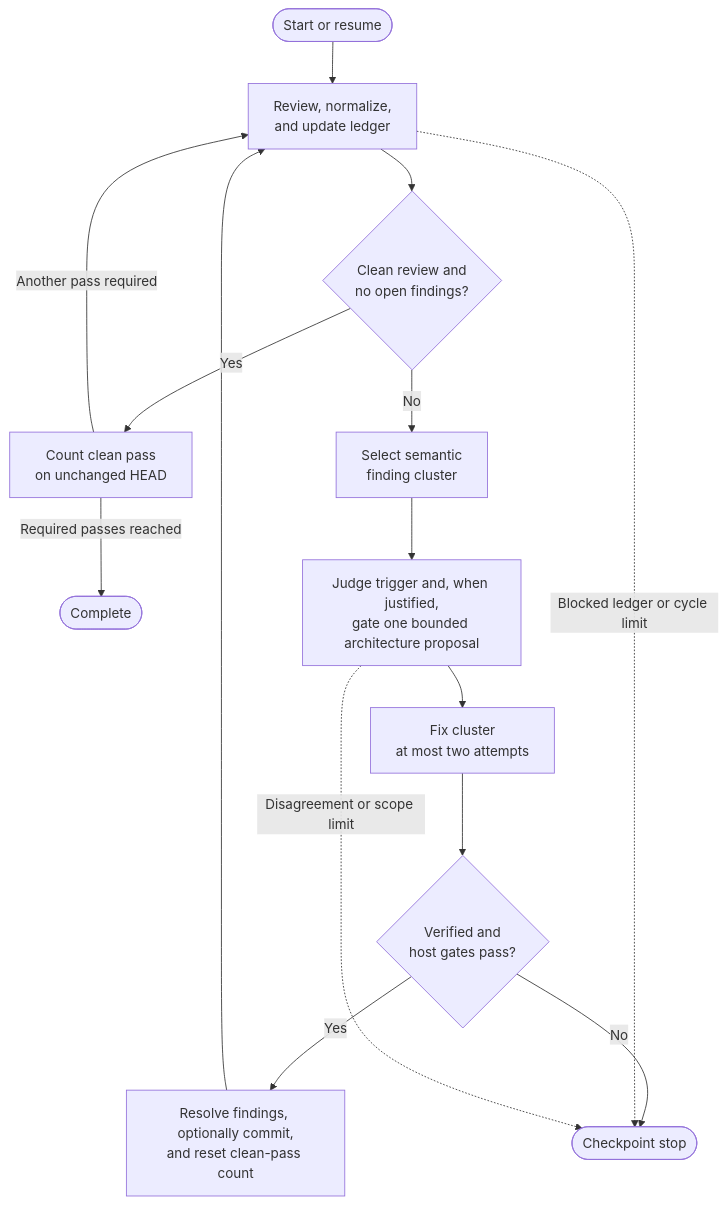
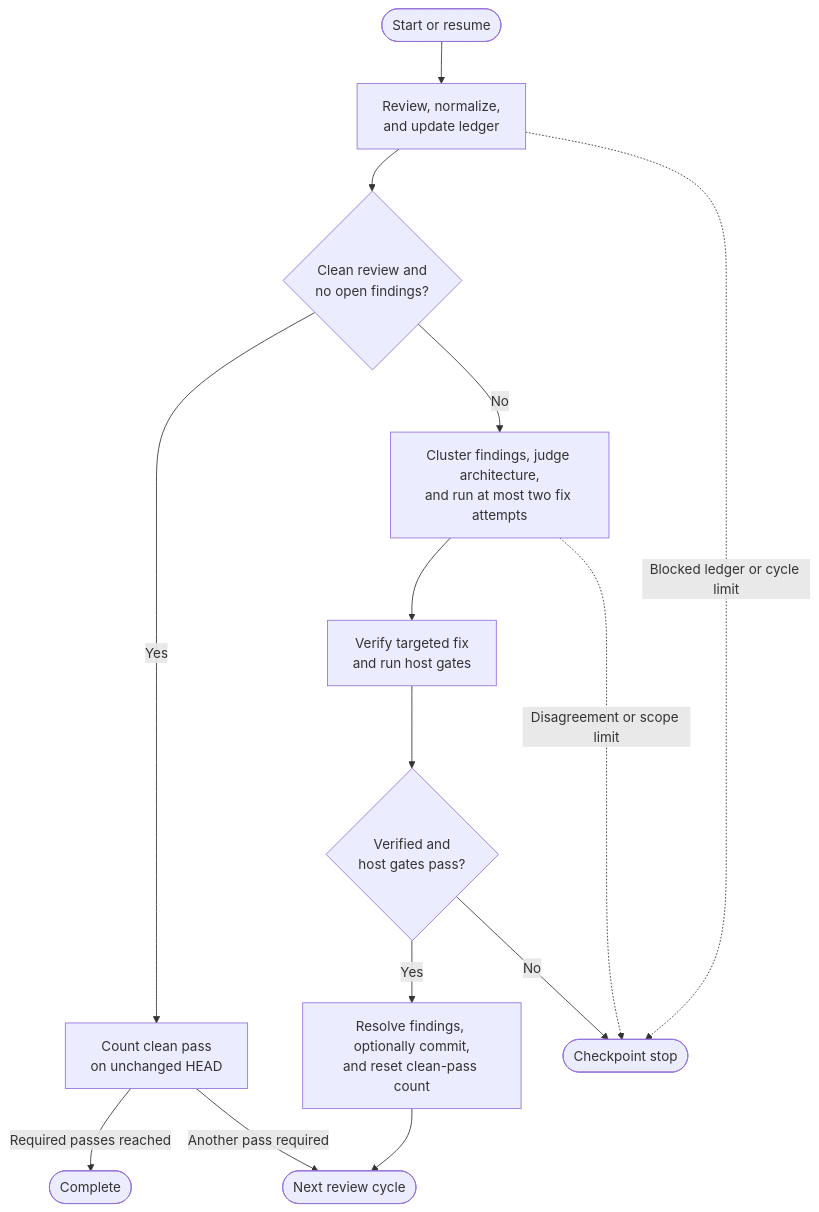
The diagram in README.md (InnerLive/CodexReviewLoop), drawn with Mermaid before and after one commit. The commit also changed other lines of this file, not shown here.

Commit message:
Compact the review loop diagram

````diff
--- a/README.md
+++ b/README.md
@@ -53,20 +53,19 @@
 ```mermaid
 flowchart TD
     start([Start or resume]) --> review["Review, normalize,<br/>and update ledger"]
     review --> clean{"Clean review and<br/>no open findings?"}
 
     clean -- Yes --> passes["Count clean pass<br/>on unchanged HEAD"]
     passes -- Required passes reached --> done([Complete])
-    passes -- Another pass required --> review
+    passes -- Another pass required --> next([Next review cycle])
 
-    clean -- No --> cluster["Select semantic<br/>finding cluster"]
-    cluster --> strategy["Judge trigger and, when justified,<br/>gate one bounded architecture proposal"]
-    strategy --> fix["Fix cluster<br/>at most two attempts"]
+    clean -- No --> remediate["Cluster findings, judge architecture,<br/>and run at most two fix attempts"]
+    remediate --> fix["Verify targeted fix<br/>and run host gates"]
     fix --> verify{"Verified and<br/>host gates pass?"}
     verify -- Yes --> resolve["Resolve findings, optionally commit,<br/>and reset clean-pass count"]
-    resolve --> review
+    resolve --> next
     verify -- No --> stop([Checkpoint stop])
 
     review -. Blocked ledger or cycle limit .-> stop
-    strategy -. Disagreement or scope limit .-> stop
+    remediate -. Disagreement or scope limit .-> stop
 ```
````
